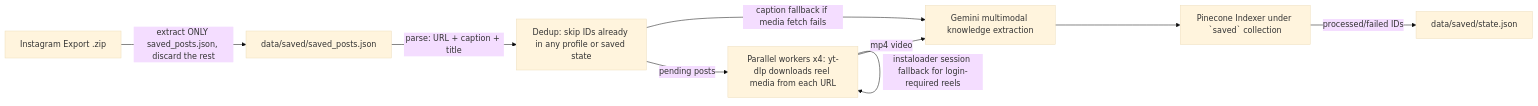
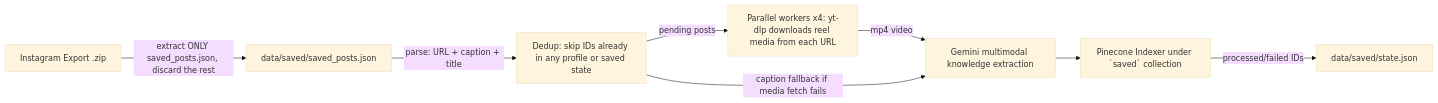
One commit to Xan007/instagram-to-rag changed the first of 2 diagrams in docs/architecture.md. Above: the diagram before and after it, drawn with Mermaid (base theme). The commit also changed other lines of this file and 4 other files, not shown here.

Commit message:
docs: document API-first architecture and session-free scraping

````diff
--- a/docs/architecture.md
+++ b/docs/architecture.md
@@ -9,11 +9,10 @@
 ```mermaid
 flowchart LR
     A[Instagram Export .zip] -->|extract ONLY saved_posts.json, discard the rest| B[data/saved/saved_posts.json]
     B -->|parse: URL + caption + title| C[Dedup: skip IDs already in any profile or saved state]
     C -->|pending posts| D[Parallel workers x4: yt-dlp downloads reel media from each URL]
-    D -->|instaloader session fallback for login-required reels| D
     D -->|mp4 video| E[Gemini multimodal knowledge extraction]
     C -->|caption fallback if media fetch fails| E
     E --> F[Pinecone Indexer under `saved` collection]
     F -->|processed/failed IDs| G[data/saved/state.json]
 ```
````
